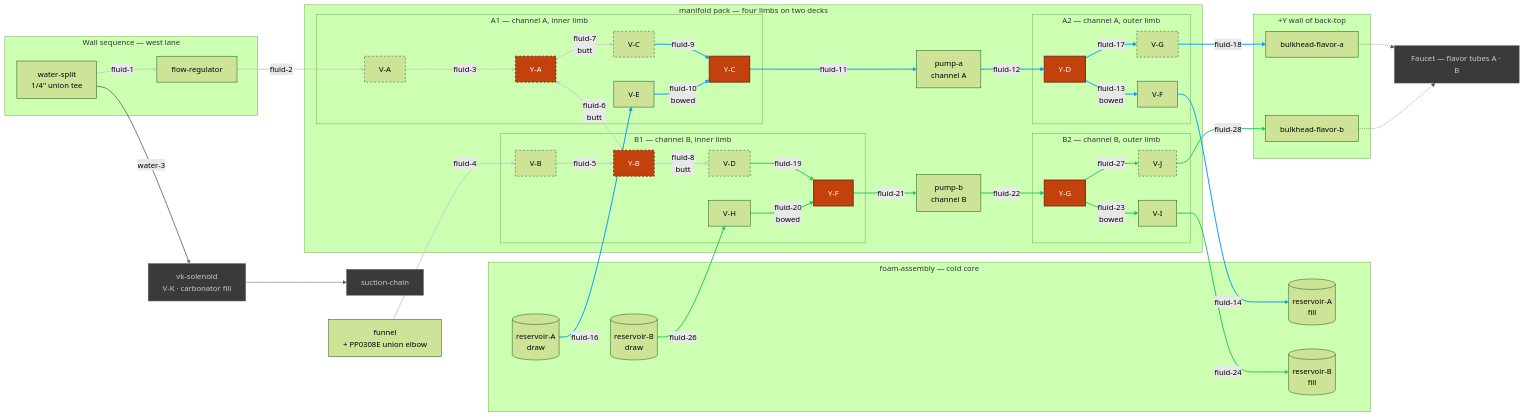
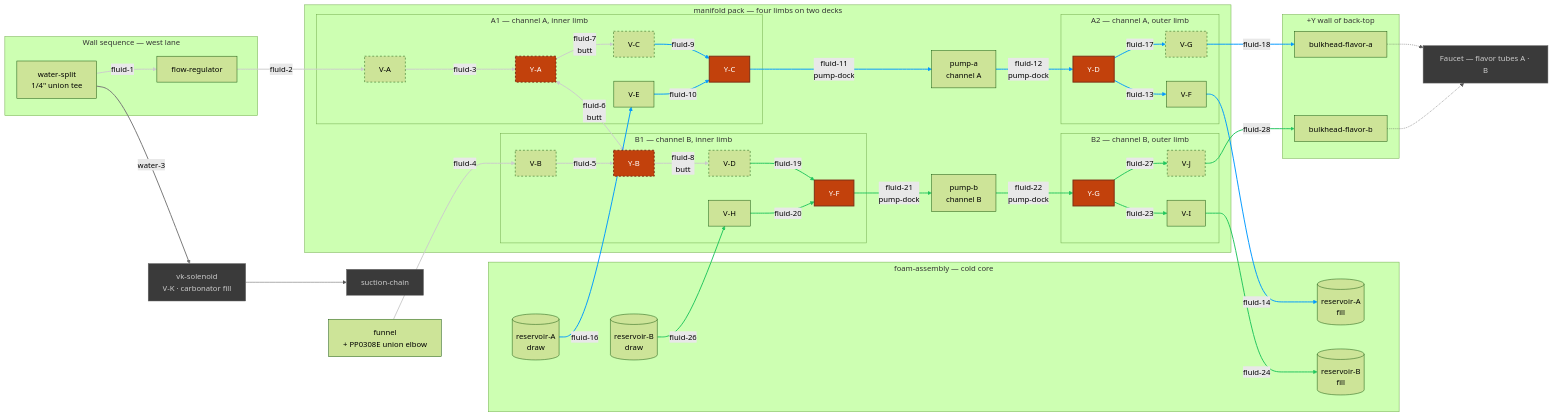
The diagram in hardware/topology/fluid-topology-manifold.mmd (derekbreden/homesodamachine), drawn with Mermaid (forest theme) before and after one commit. The commit also changed 80 other files, not shown here.

First line of the commit message:
Integrate permanent asymmetric pump junctions and fixed returns

```diff
--- a/hardware/topology/fluid-topology-manifold.mmd
+++ b/hardware/topology/fluid-topology-manifold.mmd
@@ -17,20 +17,20 @@
   %% never reaches.
 
   %% [26](SEGMENT_COUNT) flavor segments. [3](BUTT_COUNT) are collet butted to collet and carry
-  %% no tube at all; [9](DRAWN_COUNT) are swept runs between placed bodies; the rest include four fixed fore S links,
-  %% four stationary hairpins and the source pair's two quarter-and-step turns. Reported tube lengths total
-  %% [2601.4 mm](FLUID_TOTAL) of 1/4" LLDPE over [69](FLUID_BENDS) corners, and the longest is
-  %% [fluid-18](LONGEST_ID) at [446.4 mm](LONGEST_LEN). [0](OPEN_COUNT) are mouths with nothing
+  %% no tube at all; [9](DRAWN_COUNT) are swept runs between placed bodies; the rest include
+  %% [4](UPPER_LINK_COUNT) straight upper links, [8](LOWER_LINK_COUNT) straight lower links,
+  %% printed TPU junctions/returns and the source pair's two quarter-and-step turns. Reported tube lengths total
+  %% [2410.2 mm](FLUID_TOTAL) of 1/4" LLDPE over [53](FLUID_BENDS) corners, and the longest is
+  %% [fluid-18](LONGEST_ID) at [446.8 mm](LONGEST_LEN). [0](OPEN_COUNT) are mouths with nothing
   %% on the far end of them: EVERY FLAVOR SEGMENT IN THIS CHART IS MADE. The stock total
-  %% counts the four complete receiver-to-tee tails and excludes machined pump stems.
-  %% Other mouth-to-mouth path lengths need their actual fitting insertions for cut blanks.
-  %% Add both actual fitting insertions to each fore S-link exposed path for its cut blank. The funnel's gravity
+  %% excludes machined pump stems and printed TPU passages. Mouth-to-mouth link lengths
+  %% need their actual socket or fitting insertions for cut blanks. The funnel's gravity
   %% drain is drawn like the rest — the funnel is seated in the box rather than placed in the
   %% pack, so `fluid-4` is authored after the box exists, off the same frames.
 
   %% Colour is the circuit: white the shared source chain (fluid-1 … fluid-8), blue channel A
   %% (9 … 18), green channel B (19 … 28), grey the carbonator's own two runs through this bay.
-  %% A dashed border is a body the fold carries onto the upper deck.
+  %% A dashed border is a fixed upper-deck body.
 
   %% Per-limb grouping without the endpoints is fluid-topology-limbs.mmd; the water and CO2 spine
   %% feeding the split, and everything the carbonator dispenses through, are
@@ -57,10 +57,11 @@
   %% =========================
   %% The flavour manifold
   %% =========================
-  %% Four limbs, two decks. A limb is one lane: a line of valves and tees butted collet to collet,
-  %% front to back, hinged in the middle — everything forward of the hinge folded up and over onto
-  %% the deck above. Both pumps stand at the fold, each hanging out two lanes 57 mm apart with a
-  %% tee dropped on each barb by its branch. Channel A stands east of the mirror plane in the
+  %% Four limbs, two fixed decks. Each lane joins its valves through one junction:
+  %% Y-A/Y-B are purchased tees; Y-C/Y-D/Y-F/Y-G are permanent printed TPU junctions.
+  %% Each prepared pump stem enters its junction through the closed pump-bay wall.
+  %% Straight upper links and fixed TPU returns connect the two valve rows.
+  %% Channel A stands east of the mirror plane in the
   %% machine and channel B west, the pack posed face down on the refrigeration stratum's crown.
   subgraph Manifold["manifold pack — four limbs on two decks"]
 
@@ -138,15 +139,14 @@
   %% =========================
   %% Channel A — fluid-9 … fluid-18
   %% =========================
-  %% Y-C and Y-D stand in fixed saddles behind pump A's two permanent TPU receivers.
-  %% Each prepared pump stem enters its receiver; a straight permanent tail joins the
-  %% receiver to the tee branch. fluid-9 and fluid-17 are stationary R14 hairpins,
-  %% and fluid-10 and fluid-13 are fixed R14 S links to the fore valves.
+  %% Y-C and Y-D are pump A's permanent TPU junctions. fluid-9 and fluid-17 each use
+  %% two straight LLDPE links and one fixed printed TPU return. fluid-10 and fluid-13
+  %% are straight upper links to the fore valves.
   VC -->|"fluid-9"| YC
-  VE -->|"fluid-10<br/>bowed"| YC
-  YC -->|"fluid-11"| PA
-  PA -->|"fluid-12"| YD
-  YD -->|"fluid-13<br/>bowed"| VF
+  VE -->|"fluid-10"| YC
+  YC -->|"fluid-11<br/>pump-dock"| PA
+  PA -->|"fluid-12<br/>pump-dock"| YD
+  YD -->|"fluid-13"| VF
   VF -->|"fluid-14"| ResAFill
   ResA -->|"fluid-16"| VE
   YD -->|"fluid-17"| VG
@@ -155,14 +155,14 @@
   %% =========================
   %% Channel B — fluid-19 … fluid-28
   %% =========================
-  %% Channel B mirrors channel A about x = 0. Y-F and Y-G stand behind pump B's receivers, fluid-19 and
-  %% fluid-27 are its two hairpins, and V-I-O and V-H-I — the reservoir's fill gate and its draw
+  %% Channel B mirrors channel A about x = 0. Y-F and Y-G are pump B's permanent junctions;
+  %% fluid-19 and fluid-27 use straight links and fixed TPU returns. V-I-O and V-H-I — the reservoir's fill gate and its draw
   %% gate — leave on their own axes off the lower deck, as channel A's V-F-O and V-E-I do.
   VD -->|"fluid-19"| YF
-  VH -->|"fluid-20<br/>bowed"| YF
-  YF -->|"fluid-21"| PB
-  PB -->|"fluid-22"| YG
-  YG -->|"fluid-23<br/>bowed"| VI
+  VH -->|"fluid-20"| YF
+  YF -->|"fluid-21<br/>pump-dock"| PB
+  PB -->|"fluid-22<br/>pump-dock"| YG
+  YG -->|"fluid-23"| VI
   VI -->|"fluid-24"| ResBFill
   ResB -->|"fluid-26"| VH
   YG -->|"fluid-27"| VJ
@@ -202,15 +202,13 @@
   %% Outside the pack (group:outside) — no run carries it.
   linkStyle 27,28,29 stroke:#555,stroke-width:1px
 
-  %% Junction fittings. All six are PP0208E TEES: an in-line RUN, one straight lane through the
-  %% fitting shared by two of its three ports, and a BRANCH, the leg that leaves that lane. Y-A
-  %% and Y-B stand on a limb's own axis with their branches across the mirror plane; the other
-  %% four connect by permanent receiver/tail joints to the pump stems, with their runs
-  %% across the head's face. Neither
+  %% Junction fittings. Y-A/Y-B are purchased PP0208E tees; their branches meet across
+  %% the mirror plane. Y-C/Y-D/Y-F/Y-G are permanent printed TPU junctions at the
+  %% prepared pump stems. Neither
   %% reservoir has one. fluid-topology.md "Junctions" carries where each port goes.
   classDef tee fill:#c2410c,stroke:#7c2d12,color:#ffffff,stroke-width:2px;
   class YA,YB,YC,YD,YF,YG tee;
-  %% The bodies forward of the hinge, which the fold carries up onto the second deck.
+  %% The fixed upper-deck bodies.
   classDef upper stroke-dasharray:4;
   class VA,VB,VC,VD,VG,VJ,YA,YB upper;
   %% Not the flavor manifold's — the carbonator's valve, and the pack's edge.
```
